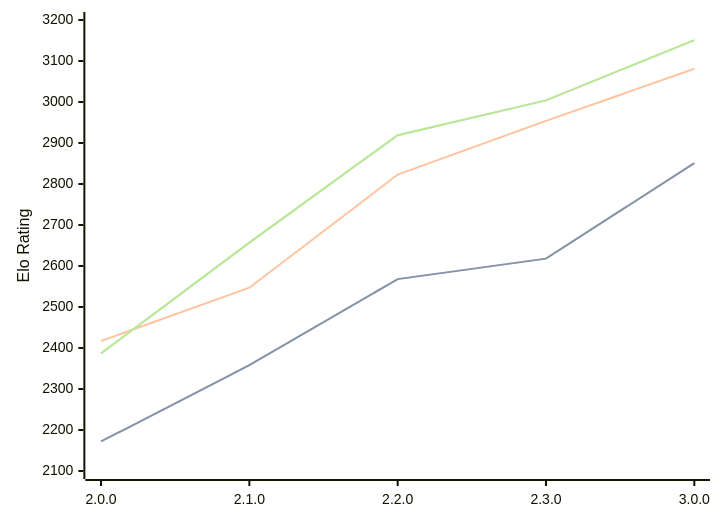
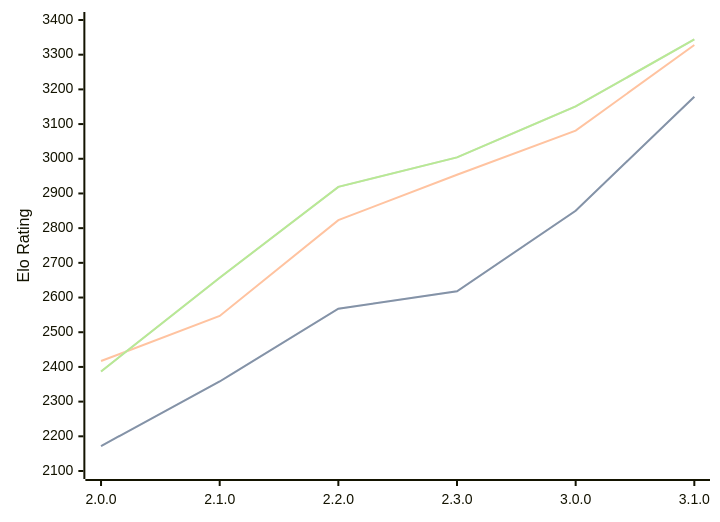
The diagram in engines/Raphael.md (computer-chess-index/cci), drawn with Mermaid before and after one commit. The commit also changed other lines of this file, not shown here.

Commit message:
Update CCI Ratings (ELO VLTC) - 2026-03-01

````diff
--- a/engines/Raphael.md
+++ b/engines/Raphael.md
@@ -45,11 +46,11 @@
 ```mermaid
 %%{init: {"theme":"base","themeVariables":{"seriesColors:['#a3a3a3','#222221','#faa371']}}}%%
 xychart-beta
-  x-axis ["2.0.0", "2.1.0", "2.2.0", "2.3.0", "3.0.0"]
-  y-axis "Elo Rating" 2100 --> 3200
-  line "STC (8.0+0.08s)" [2172, 2358, 2568, 2618, 2851]
-  line "STC (8.0+0.08s)" [2172, 2358, 2568, 2618, 2851]
-  line "LTC (60.0+0.60s)" [2417, 2547, 2823, 2954, 3081]
-  line "VLTC (2m24s+1.12s)" [2387, 2657, 2919, 3004, 3151]
-  line "VLTC (2m24s+1.12s)" [2387, 2657, 2919, 3004, 3151]
+  x-axis ["2.0.0", "2.1.0", "2.2.0", "2.3.0", "3.0.0", "3.1.0"]
+  y-axis "Elo Rating" 2100 --> 3400
+  line "STC (8.0+0.08s)" [2172, 2358, 2568, 2618, 2850, 3179]
+  line "STC (8.0+0.08s)" [2172, 2358, 2568, 2618, 2850, 3179]
+  line "LTC (60.0+0.60s)" [2417, 2547, 2823, 2954, 3081, 3328]
+  line "VLTC (2m24s+1.12s)" [2387, 2657, 2919, 3004, 3151, 3344]
+  line "VLTC (2m24s+1.12s)" [2387, 2657, 2919, 3004, 3151, 3344]
 ```
````
